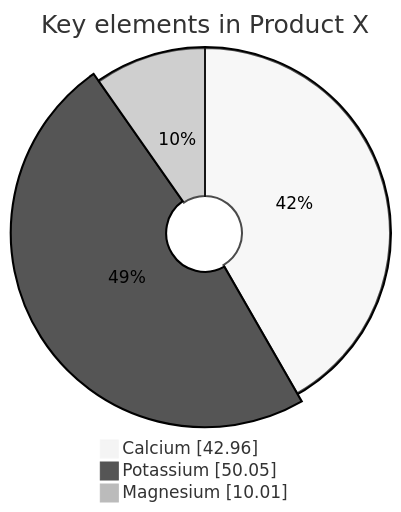
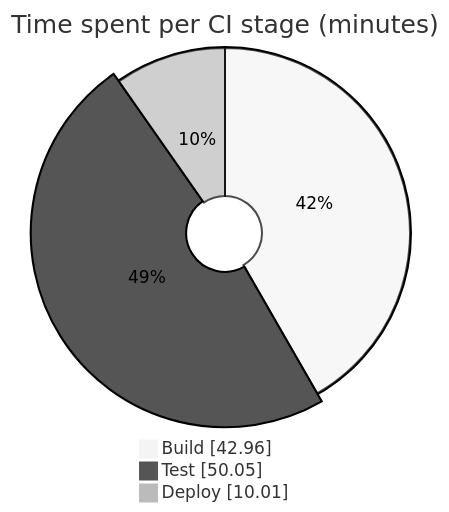
Before and after one commit to flatrick/agent-skills: the second of 2 diagrams in mastery-of-mermaid/references/pie-chart.md, drawn with Mermaid (neutral theme). The commit also changed other lines of this file and 44 other files, not shown here.

First line of the commit message:
docs: retheme mastery-of-mermaid examples to software-dev scenarios

````diff
--- a/mastery-of-mermaid/references/pie-chart.md
+++ b/mastery-of-mermaid/references/pie-chart.md
@@ -28,15 +28,15 @@
 ```mermaid
 ---
 config:
   pie:
     textPosition: 0.5
     donutHole: 0.2
     legendPosition: bottom
-    highlightSlice: Potassium
+    highlightSlice: Test
 ---
 pie showData
-    title Key elements in Product X
-    "Calcium" : 42.96
-    "Potassium" : 50.05
-    "Magnesium" : 10.01
+    title Time spent per CI stage (minutes)
+    "Build" : 42.96
+    "Test" : 50.05
+    "Deploy" : 10.01
 ```
````
